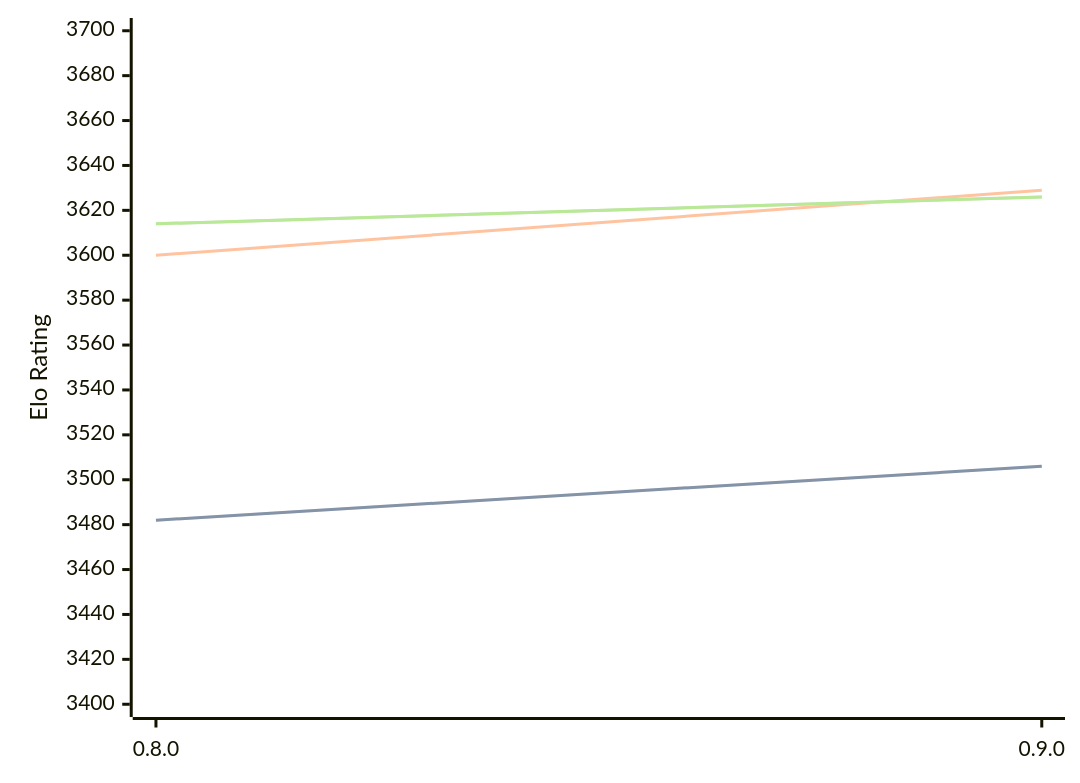
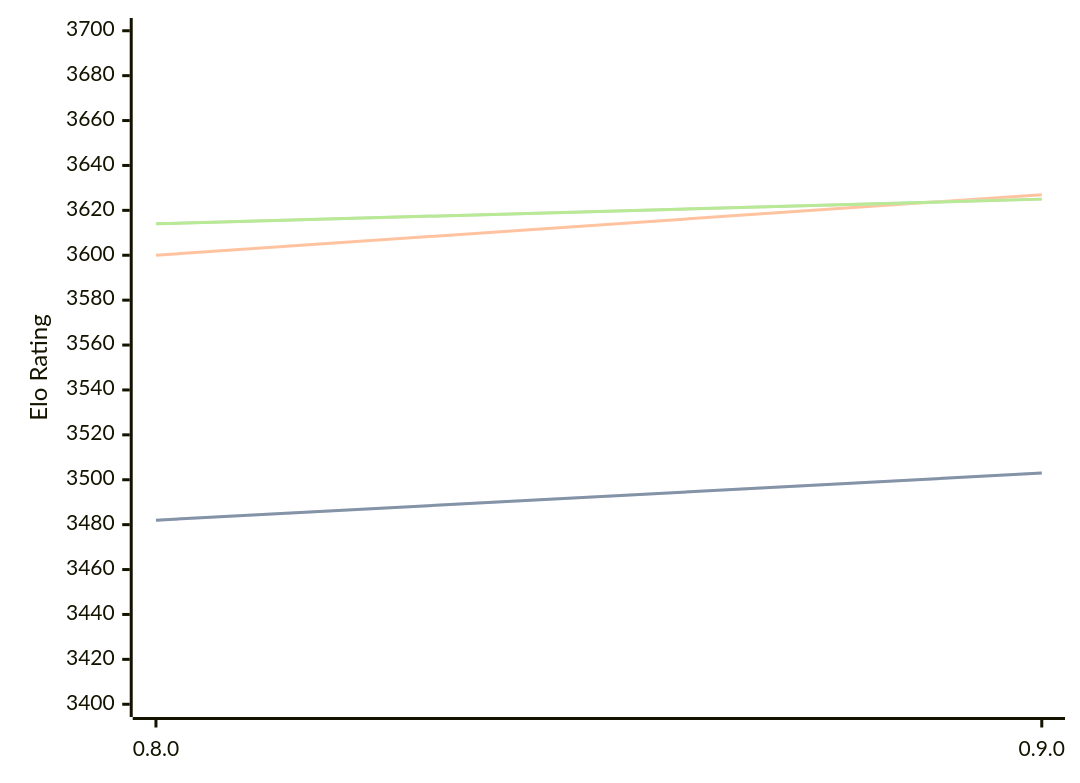
Before and after one commit to computer-chess-index/cci: the diagram in engines/Reckless.md, drawn with Mermaid. The commit also changed other lines of this file, not shown here.

Commit message:
Update CCI Ratings (ELO VLTC) - 2026-03-07

````diff
--- a/engines/Reckless.md
+++ b/engines/Reckless.md
@@ -37,11 +37,11 @@
 ```mermaid
 %%{init: {"theme":"base","themeVariables":{"seriesColors:['#a3a3a3','#222221','#faa371']}}}%%
 xychart-beta
   x-axis ["0.8.0", "0.9.0"]
   y-axis "Elo Rating" 3400 --> 3700
-  line "STC (8.0+0.08s)" [3482, 3506]
-  line "STC (8.0+0.08s)" [3482, 3506]
-  line "LTC (60.0+0.60s)" [3600, 3629]
-  line "VLTC (2m24s+1.12s)" [3614, 3626]
-  line "VLTC (2m24s+1.12s)" [3614, 3626]
+  line "STC (8.0+0.08s)" [3482, 3503]
+  line "STC (8.0+0.08s)" [3482, 3503]
+  line "LTC (60.0+0.60s)" [3600, 3627]
+  line "VLTC (2m24s+1.12s)" [3614, 3625]
+  line "VLTC (2m24s+1.12s)" [3614, 3625]
 ```
````
